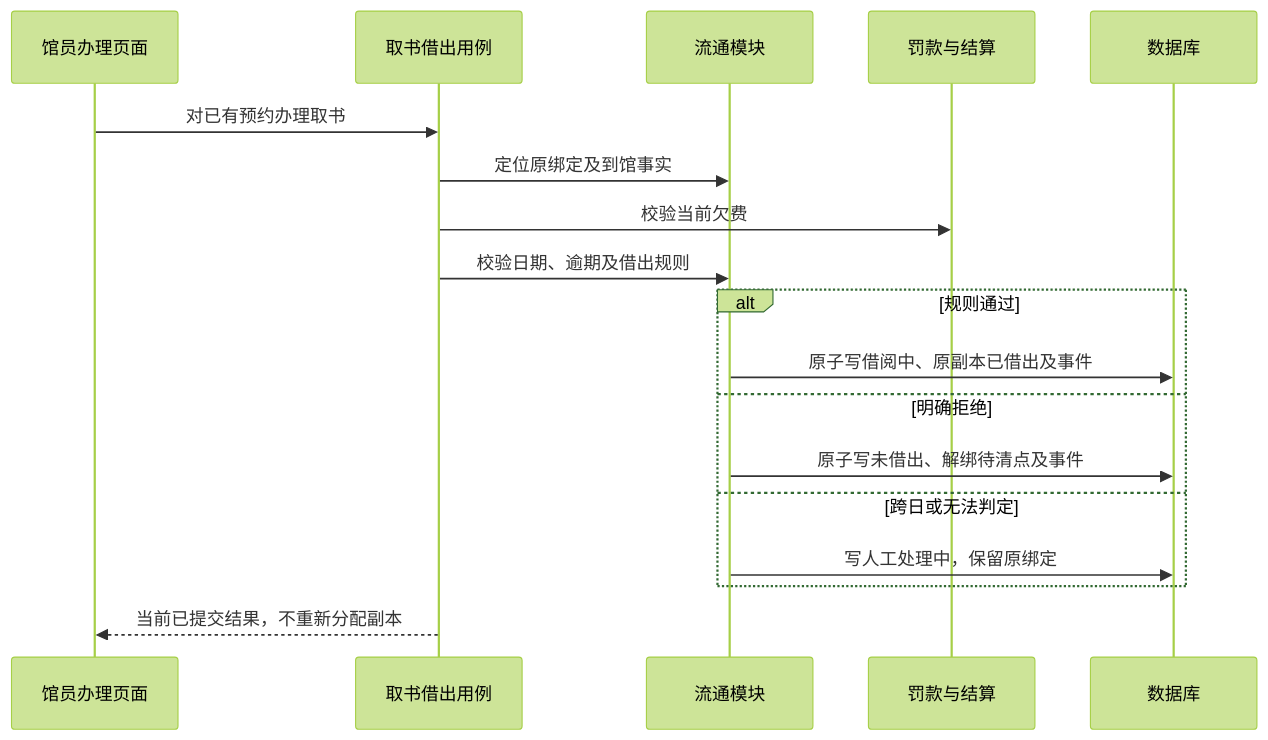
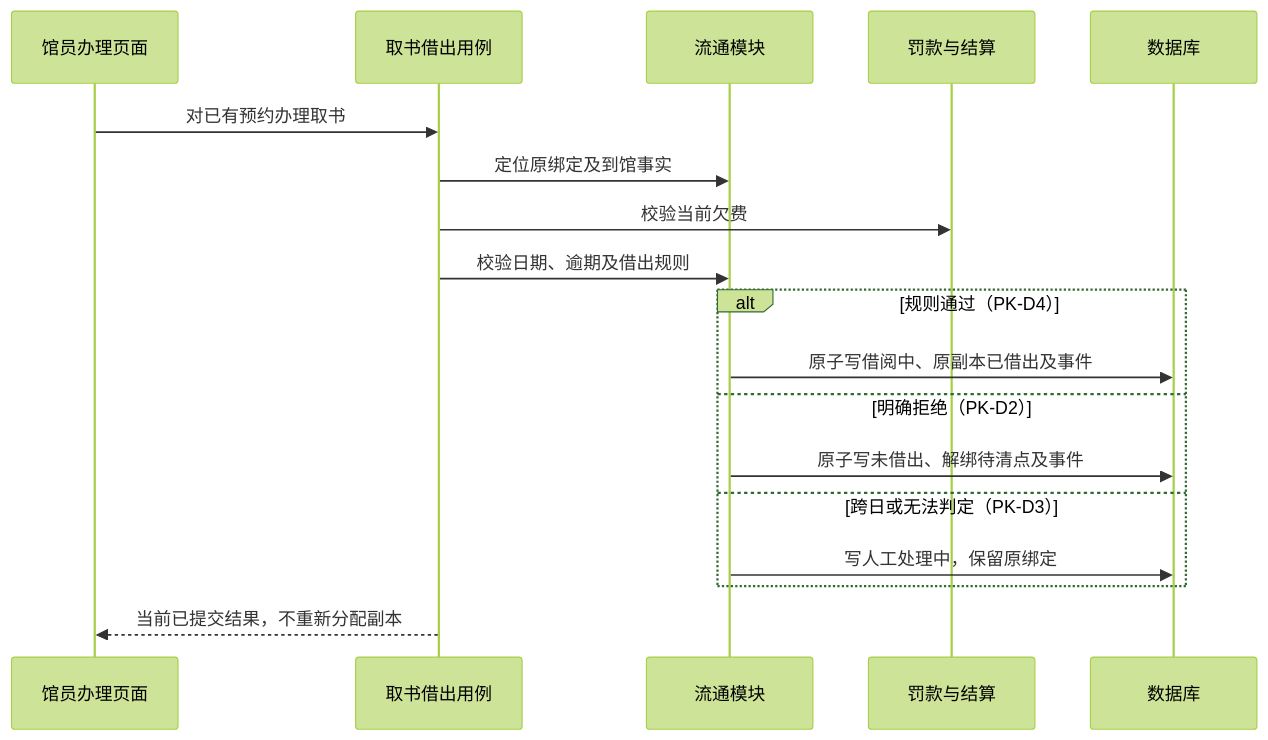
One commit to whitecait/MyLibrarySystem changed the fifth of 9 diagrams in docs/02-overall-design/MLS-DOC-OD-0003.md. Above: the diagram before and after it, drawn with Mermaid (forest theme). The commit also changed other lines of this file and 2 other files, not shown here.

````diff
--- a/docs/02-overall-design/MLS-DOC-OD-0003.md
+++ b/docs/02-overall-design/MLS-DOC-OD-0003.md
@@ -175,20 +204,20 @@
 ```mermaid
 sequenceDiagram
     participant U as 馆员办理页面
     participant E as 取书借出用例
     participant L as 流通模块
     participant F as 罚款与结算
     participant DB as 数据库
     U->>E: 对已有预约办理取书
     E->>L: 定位原绑定及到馆事实
     E->>F: 校验当前欠费
     E->>L: 校验日期、逾期及借出规则
-    alt 规则通过
+    alt 规则通过（PK-D4）
         L->>DB: 原子写借阅中、原副本已借出及事件
-    else 明确拒绝
+    else 明确拒绝（PK-D2）
         L->>DB: 原子写未借出、解绑待清点及事件
-    else 跨日或无法判定
+    else 跨日或无法判定（PK-D3）
         L->>DB: 写人工处理中，保留原绑定
     end
     E-->>U: 当前已提交结果，不重新分配副本
 ```
````
